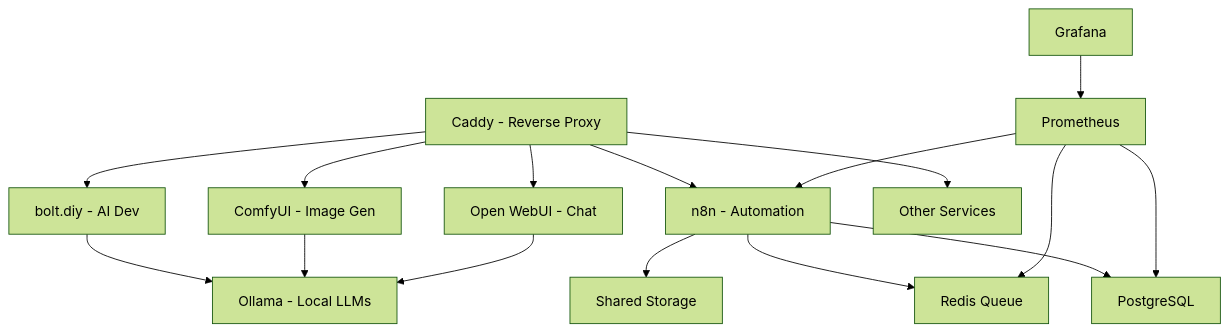
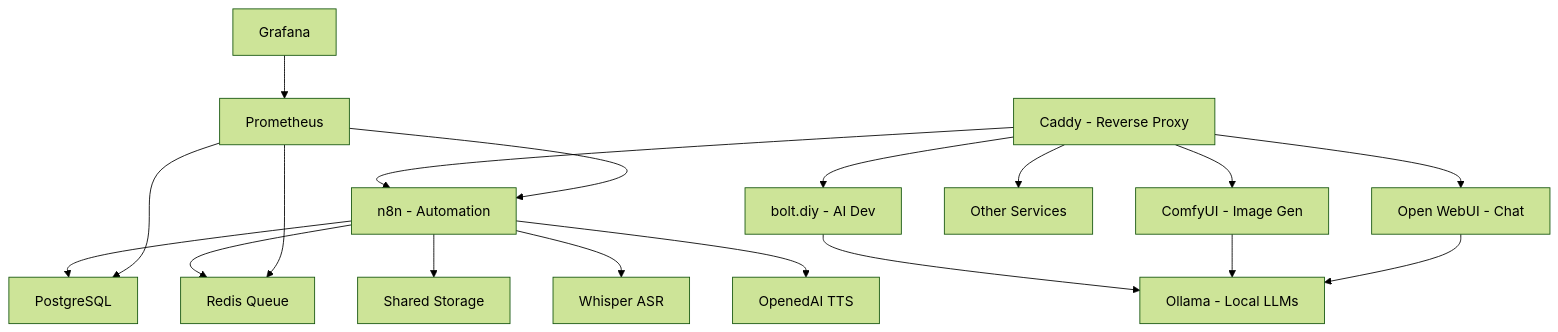
The diagram in README.md (tjcork/ai-launchkit), drawn with Mermaid (forest theme) before and after one commit. The commit also changed other lines of this file, not shown here.

````diff
--- a/README.md
+++ b/README.md
@@ -493,21 +634,24 @@
 ```mermaid
 graph TD
     A[Caddy - Reverse Proxy] --> B[n8n - Automation]
     A --> C[bolt.diy - AI Dev]
     A --> D[ComfyUI - Image Gen]
     A --> E[Open WebUI - Chat]
     A --> F[Other Services]
     
     B --> G[PostgreSQL]
     B --> H[Redis Queue]
     B --> I[Shared Storage]
     
+    B --> M[Whisper ASR]
+    B --> N[OpenedAI TTS]
+    
     C --> J[Ollama - Local LLMs]
     D --> J
     E --> J
     
     K[Grafana] --> L[Prometheus]
     L --> B
     L --> G
     L --> H
 ```
````
